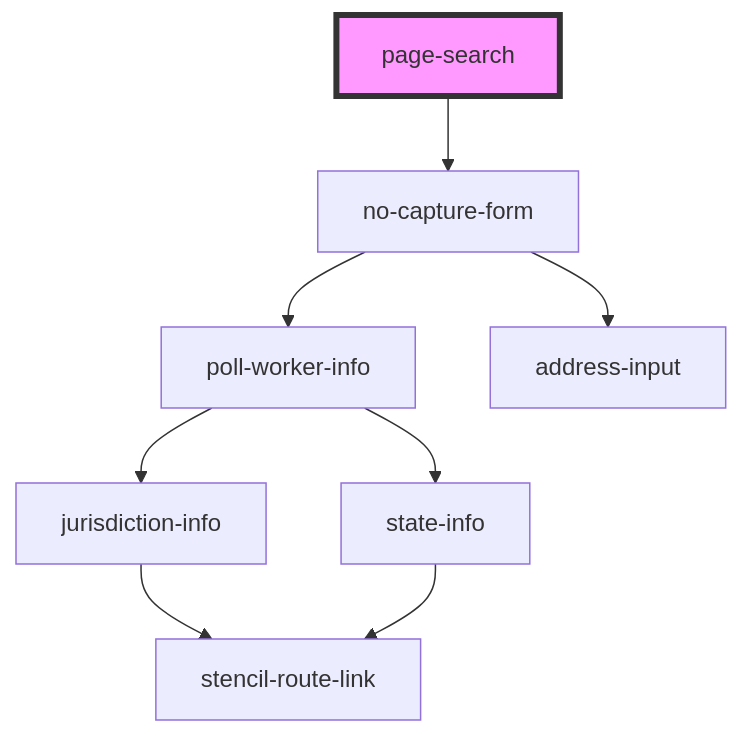
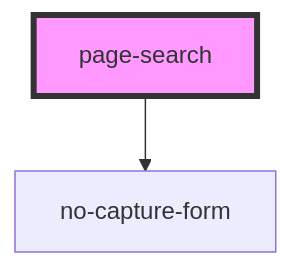
Before and after one commit to pizza-to-the-polls/power-the-polls: the diagram in site/src/components/page-find/readme.md, drawn with Mermaid. The commit also changed 40 other files, not shown here.

````diff
--- a/site/src/components/page-find/readme.md
+++ b/site/src/components/page-find/readme.md
@@ -22,11 +22,5 @@
 ```mermaid
 graph TD;
   page-search --> no-capture-form
-  no-capture-form --> poll-worker-info
-  no-capture-form --> address-input
-  poll-worker-info --> jurisdiction-info
-  poll-worker-info --> state-info
-  jurisdiction-info --> stencil-route-link
-  state-info --> stencil-route-link
   style page-search fill:#f9f,stroke:#333,stroke-width:4px
 ```
````
